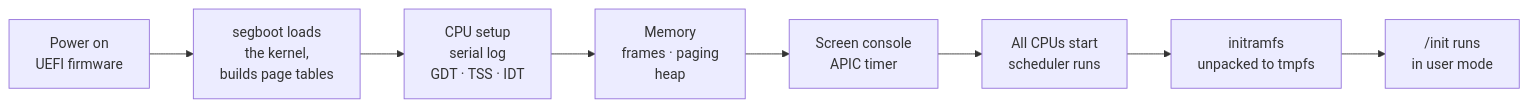
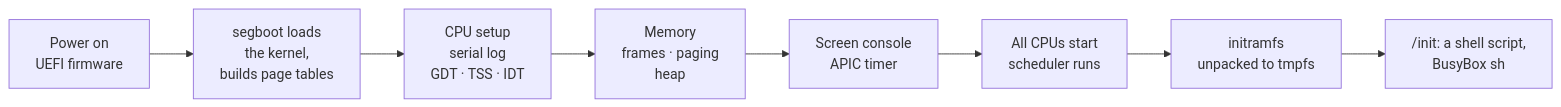
The second of 6 diagrams in README.md (SegMind25/SegOS), drawn with Mermaid before and after one commit. The commit also changed other lines of this file and 58 other files, not shown here.

First line of the commit message:
kernel: Phase 3, a shell: BusyBox runs and ls | grep | wc works

````diff
--- a/README.md
+++ b/README.md
@@ -60,10 +64,10 @@
 ```mermaid
 flowchart LR
     A["Power on<br/>UEFI firmware"] --> B["segboot loads<br/>the kernel,<br/>builds page tables"]
     B --> C["CPU setup<br/>serial log<br/>GDT · TSS · IDT"]
     C --> D["Memory<br/>frames · paging<br/>heap"]
     D --> E["Screen console<br/>APIC timer"]
     E --> F["All CPUs start<br/>scheduler runs"]
     F --> G["initramfs<br/>unpacked to tmpfs"]
-    G --> H["/init runs<br/>in user mode"]
+    G --> H["/init: a shell script,<br/>BusyBox sh"]
 ```
````
